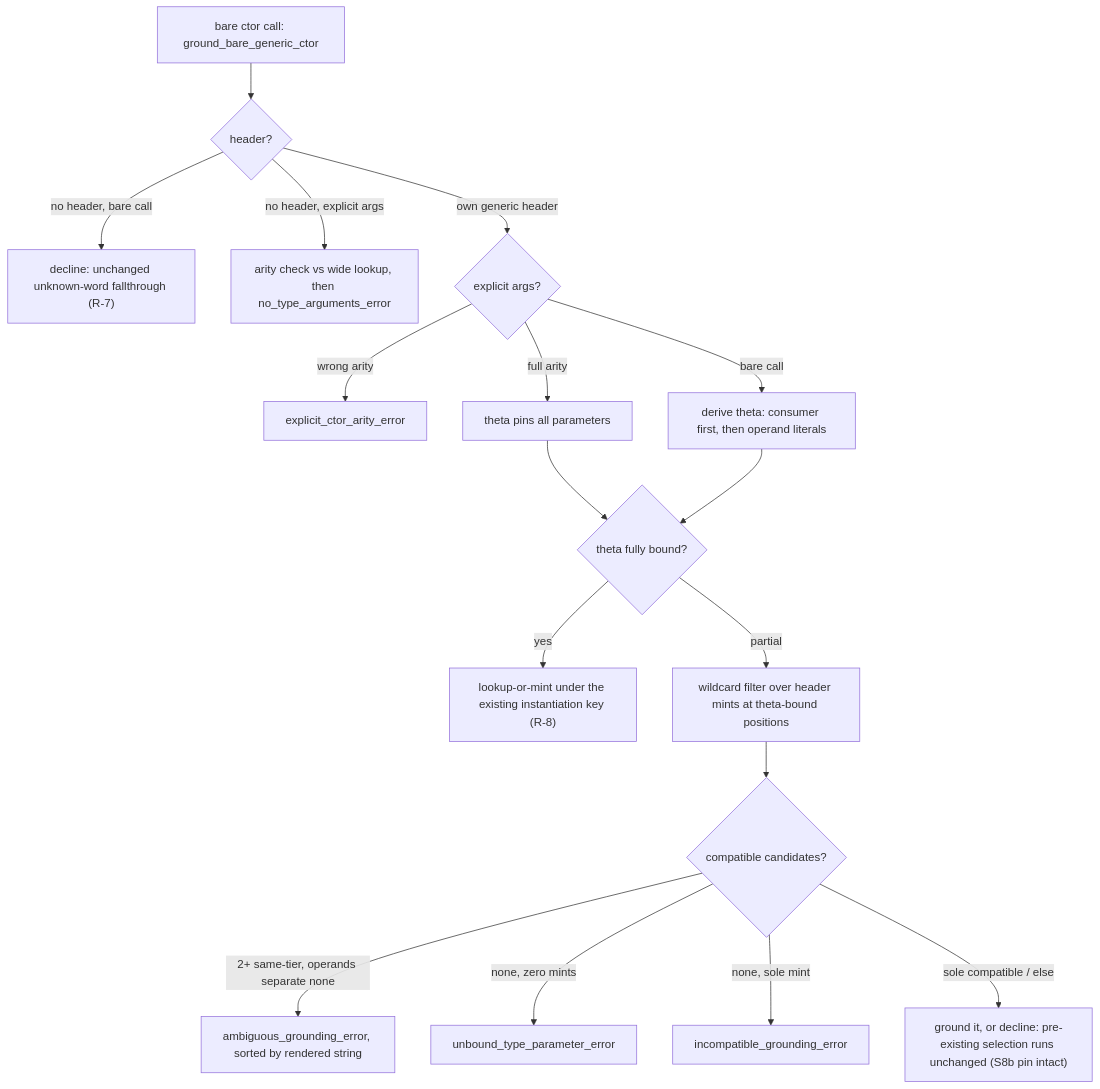
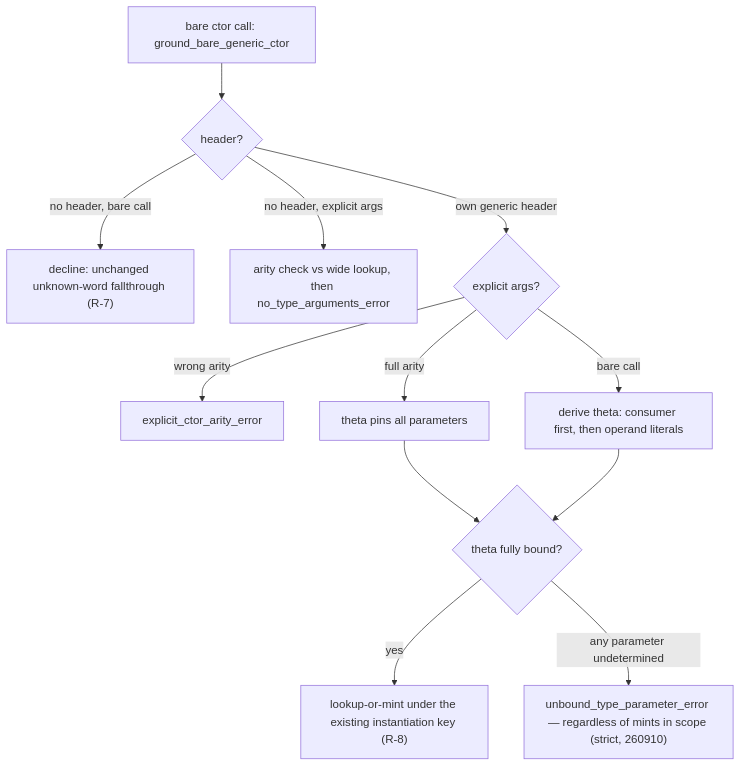
Before and after one commit to Istar-Eldritch/sooth: the diagram in docs/roadmap/P7b/slice11-spec.md, drawn with Mermaid. The commit also changed other lines of this file and 9 other files, not shown here.

````diff
--- a/docs/roadmap/P7b/slice11-spec.md
+++ b/docs/roadmap/P7b/slice11-spec.md
@@ -116,19 +127,14 @@
 ```mermaid
 flowchart TD
     A["bare ctor call: ground_bare_generic_ctor"] --> B{"header?"}
     B -- "no header, bare call" --> X["decline: unchanged unknown-word fallthrough (R-7)"]
     B -- "no header, explicit args" --> Y["arity check vs wide lookup, then no_type_arguments_error"]
     B -- "own generic header" --> C{"explicit args?"}
     C -- "wrong arity" --> E["explicit_ctor_arity_error"]
     C -- "full arity" --> D["theta pins all parameters"]
     C -- "bare call" --> F["derive theta: consumer first, then operand literals"]
     D --> G{"theta fully bound?"}
     F --> G
     G -- "yes" --> H["lookup-or-mint under the existing instantiation key (R-8)"]
-    G -- "partial" --> I["wildcard filter over header mints at theta-bound positions"]
-    I --> J{"compatible candidates?"}
-    J -- "2+ same-tier, operands separate none" --> K["ambiguous_grounding_error, sorted by rendered string"]
-    J -- "none, zero mints" --> L["unbound_type_parameter_error"]
-    J -- "none, sole mint" --> M["incompatible_grounding_error"]
-    J -- "sole compatible / else" --> N["ground it, or decline: pre-existing selection runs unchanged (S8b pin intact)"]
+    G -- "any parameter undetermined" --> L["unbound_type_parameter_error — regardless of mints in scope (strict, 260910)"]
 ```
````
